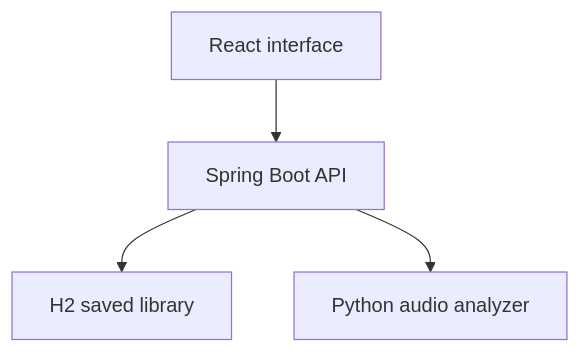
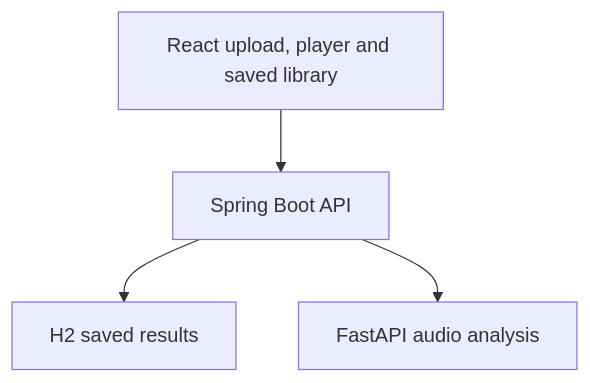
The diagram in README.md (lil8trap/music-description-studio), drawn with Mermaid before and after one commit. The commit also changed other lines of this file and 5 other files, not shown here.

````diff
--- a/README.md
+++ b/README.md
@@ -17,6 +18,6 @@
 ```mermaid
 flowchart TD
-    React["React interface"] --> Spring["Spring Boot API"]
-    Spring --> H2["H2 saved library"]
-    Spring --> Python["Python audio analyzer"]
+    React["React upload, player and saved library"] --> Spring["Spring Boot API"]
+    Spring --> H2["H2 saved results"]
+    Spring --> Python["FastAPI audio analysis"]
 ```
````
